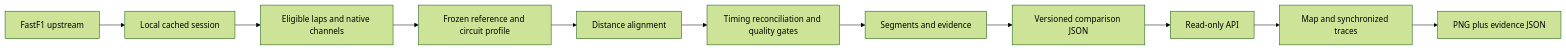
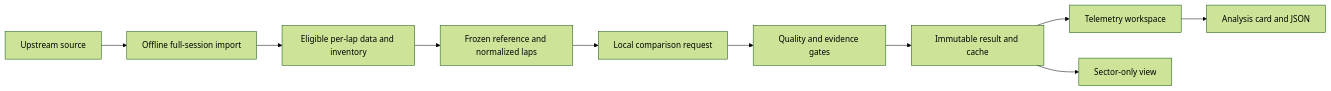
The diagram in docs/00-blueprint.md (sohxmm/LapDNA), drawn with Mermaid (forest theme) before and after one commit. The commit also changed other lines of this file and 14 other files, not shown here.

````diff
--- a/docs/00-blueprint.md
+++ b/docs/00-blueprint.md
@@ -49,13 +63,12 @@
 ```mermaid
 flowchart LR
-  F[FastF1 upstream] --> C[Local cached session]
-  C --> E[Eligible laps and native channels]
-  E --> R[Frozen reference and circuit profile]
-  R --> A[Distance alignment]
-  A --> Q[Timing reconciliation and quality gates]
-  Q --> S[Segments and evidence]
-  S --> J[Versioned comparison JSON]
-  J --> API[Read-only API]
-  API --> UI[Map and synchronized traces]
-  UI --> X[PNG plus evidence JSON]
+  U[Upstream source] --> I[Offline full-session import]
+  I --> L[Eligible per-lap data and inventory]
+  L --> R[Frozen reference and normalized laps]
+  R --> C[Local comparison request]
+  C --> Q[Quality and evidence gates]
+  Q --> A[Immutable result and cache]
+  A --> T[Telemetry workspace]
+  A --> S[Sector-only view]
+  T --> E[Analysis card and JSON]
 ```
````
